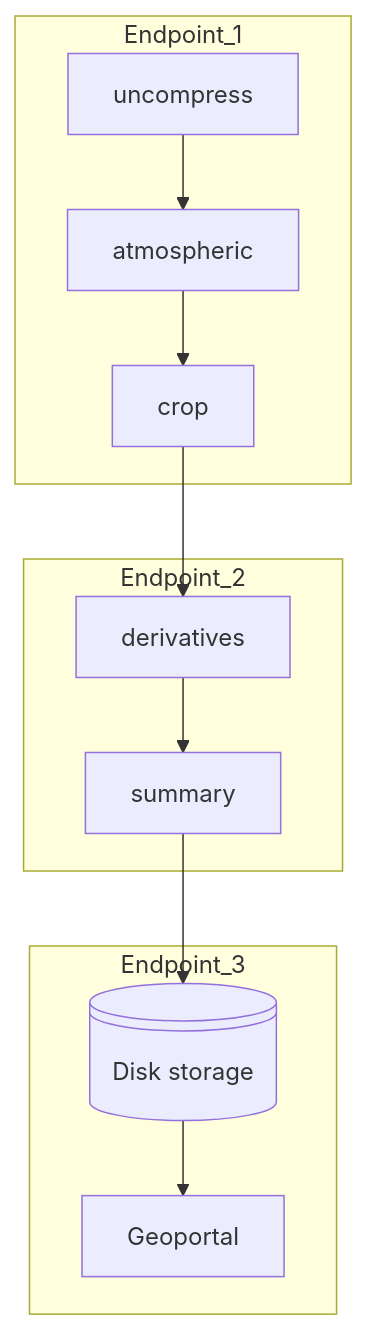
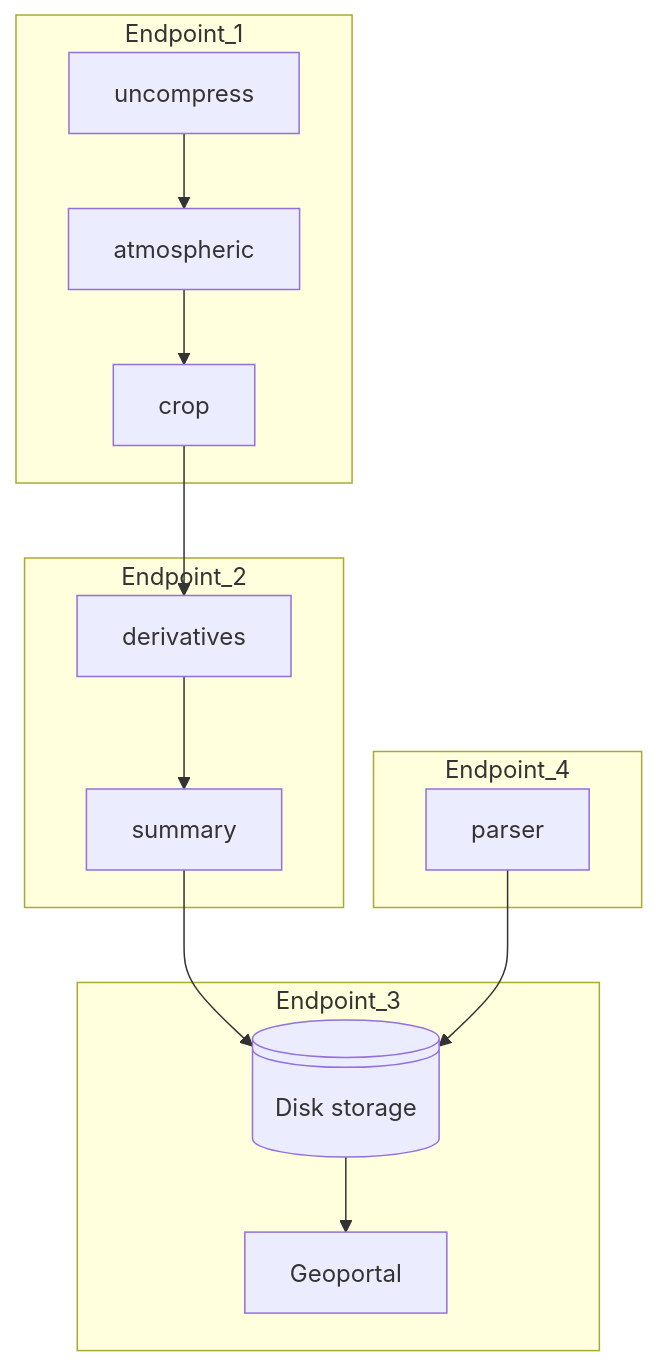
The diagram in README.md (ddomizzisg/Landsat8Processing), drawn with Mermaid before and after one commit.

````diff
--- a/README.md
+++ b/README.md
@@ -23,16 +23,19 @@
 ```mermaid
 flowchart TD
     subgraph Endpoint_1
     uncompress-->atmospheric
     atmospheric-->crop
     end
     subgraph Endpoint_2
     crop-->derivatives
     derivatives-->summary
     end
     subgraph Endpoint_3
     summary-->A
     A@{ shape: lin-cyl, label: "Disk storage" }
     A-->Geoportal
     end
+    subgraph Endpoint_4
+    parser --> A
+    end
 ```
````
